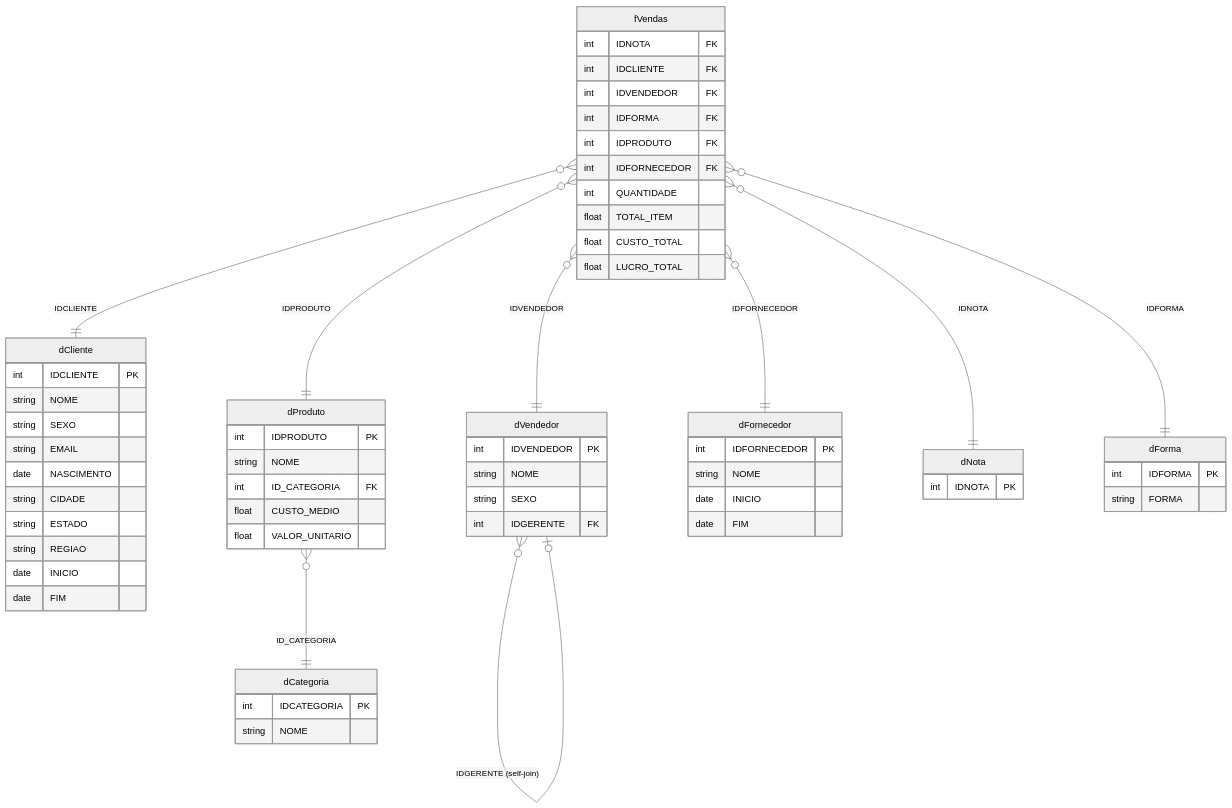
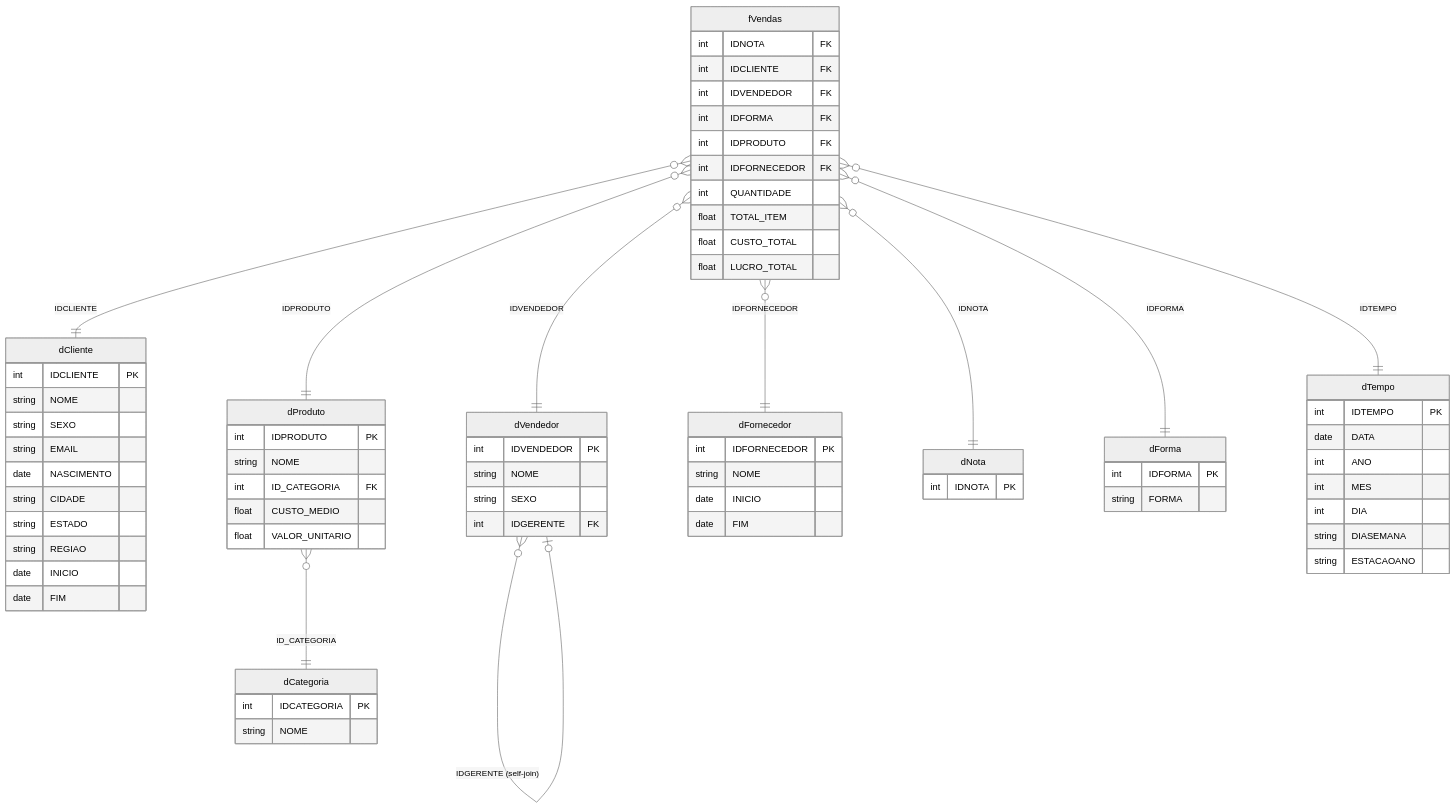
One commit to JISAE221/projeto-ia-vendas changed the diagram in docs/planejamento_documentacao/documentacao.md. Above: the diagram before and after it, drawn with Mermaid (neutral theme). The commit also changed other lines of this file and 88 other files, not shown here.

````diff
--- a/docs/planejamento_documentacao/documentacao.md
+++ b/docs/planejamento_documentacao/documentacao.md
@@ -197,12 +199,23 @@
         string FORMA
     }
  
+    dTempo {
+        int IDTEMPO PK
+        date DATA
+        int ANO
+        int MES
+        int DIA
+        string DIASEMANA
+        string ESTACAOANO
+    }
+ 
     fVendas }o--|| dCliente : "IDCLIENTE"
     fVendas }o--|| dVendedor : "IDVENDEDOR"
     fVendas }o--|| dProduto : "IDPRODUTO"
     fVendas }o--|| dFornecedor : "IDFORNECEDOR"
     fVendas }o--|| dNota : "IDNOTA"
     fVendas }o--|| dForma : "IDFORMA"
+    fVendas }o--|| dTempo : "IDTEMPO"
     dProduto }o--|| dCategoria : "ID_CATEGORIA"
     dVendedor }o--o| dVendedor : "IDGERENTE (self-join)"
 ```
````
